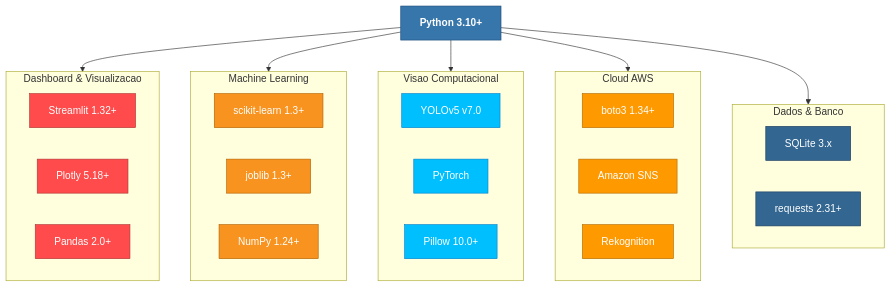
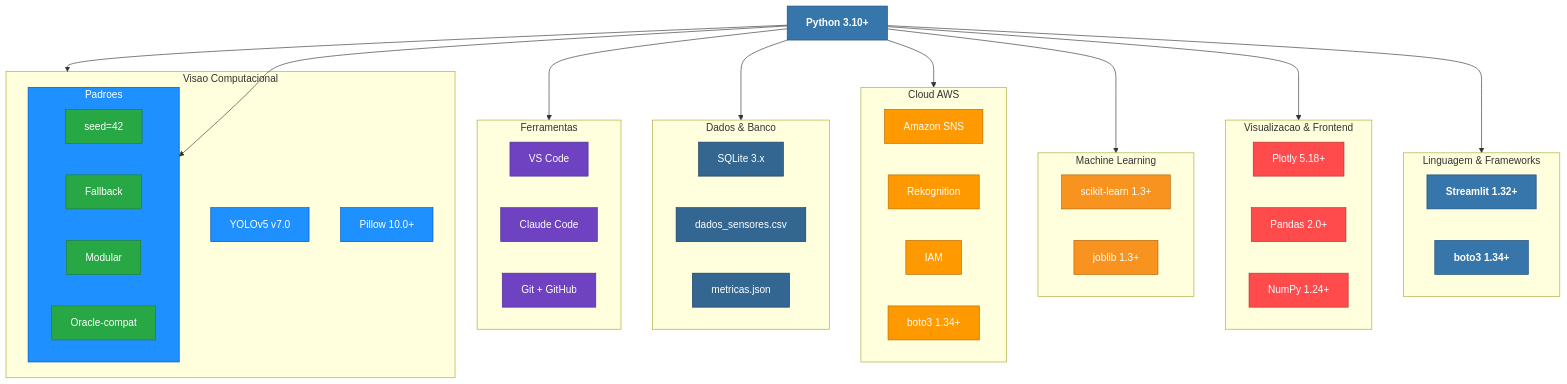
One commit to flango2023/FarmTech_Solutions_Fase7 changed the diagram in README.md. Above: the diagram before and after it, drawn with Mermaid. The commit also changed other lines of this file, not shown here.

First line of the commit message:
Substitui tabelas da stack por diagrama Mermaid abrangente

````diff
--- a/README.md
+++ b/README.md
@@ -53,46 +53,71 @@
 ```mermaid
 graph TB
-    classDef core fill:#3776AB,stroke:#1a4a7a,color:#fff,font-weight:bold
-    classDef dashboard fill:#FF4B4B,stroke:#b03535,color:#fff
-    classDef ml fill:#F7931E,stroke:#b36200,color:#fff
-    classDef vision fill:#00BFFF,stroke:#0080cc,color:#fff
-    classDef cloud fill:#FF9900,stroke:#b36b00,color:#fff
-    classDef data fill:#336791,stroke:#1a3a5c,color:#fff
+    classDef core    fill:#3776AB,stroke:#1a4a7a,color:#fff,font-weight:bold
+    classDef dash    fill:#FF4B4B,stroke:#b03535,color:#fff
+    classDef ml      fill:#F7931E,stroke:#b36200,color:#fff
+    classDef vision  fill:#1E90FF,stroke:#0050b3,color:#fff
+    classDef cloud   fill:#FF9900,stroke:#b36b00,color:#fff
+    classDef data    fill:#336791,stroke:#1a3a5c,color:#fff
+    classDef tools   fill:#6f42c1,stroke:#4b2d8f,color:#fff
+    classDef pattern fill:#28A745,stroke:#1e7e34,color:#fff
 
     PY["Python 3.10+"]:::core
 
-    PY --> FE
+    PY --> FW
+    PY --> VF
     PY --> ML
     PY --> VC
     PY --> CL
     PY --> DB
 
-    subgraph FE["Dashboard & Visualizacao"]
-        ST["Streamlit 1.32+"]:::dashboard
-        PL["Plotly 5.18+"]:::dashboard
-        PD["Pandas 2.0+"]:::dashboard
+    subgraph FW["Linguagem & Frameworks"]
+        ST["Streamlit 1.32+"]:::core
+        BO["boto3 1.34+"]:::core
+    end
+
+    subgraph VF["Visualizacao & Frontend"]
+        PL["Plotly 5.18+"]:::dash
+        PD["Pandas 2.0+"]:::dash
+        NP["NumPy 1.24+"]:::dash
     end
 
     subgraph ML["Machine Learning"]
         SK["scikit-learn 1.3+"]:::ml
         JL["joblib 1.3+"]:::ml
-        NP["NumPy 1.24+"]:::ml
     end
 
     subgraph VC["Visao Computacional"]
         YO["YOLOv5 v7.0"]:::vision
         PT["PyTorch"]:::vision
         PI["Pillow 10.0+"]:::vision
     end
 
     subgraph CL["Cloud AWS"]
-        BO["boto3 1.34+"]:::cloud
         SNS["Amazon SNS"]:::cloud
         REK["Rekognition"]:::cloud
+        IAM["IAM"]:::cloud
+        BO2["boto3 1.34+"]:::cloud
     end
 
     subgraph DB["Dados & Banco"]
         SQ["SQLite 3.x"]:::data
-        RQ["requests 2.31+"]:::data
+        CSV["dados_sensores.csv"]:::data
+        JSON["metricas.json"]:::data
     end
+
+    subgraph TL["Ferramentas"]
+        VS["VS Code"]:::tools
+        CC["Claude Code"]:::tools
+        GH["Git + GitHub"]:::tools
+    end
+
+    subgraph PT["Padroes"]
+        S42["seed=42"]:::pattern
+        FB["Fallback"]:::pattern
+        MOD["Modular"]:::pattern
+        ORA["Oracle-compat"]:::pattern
+    end
+
+    PY --> TL
+    PY --> PT
 ```
````
